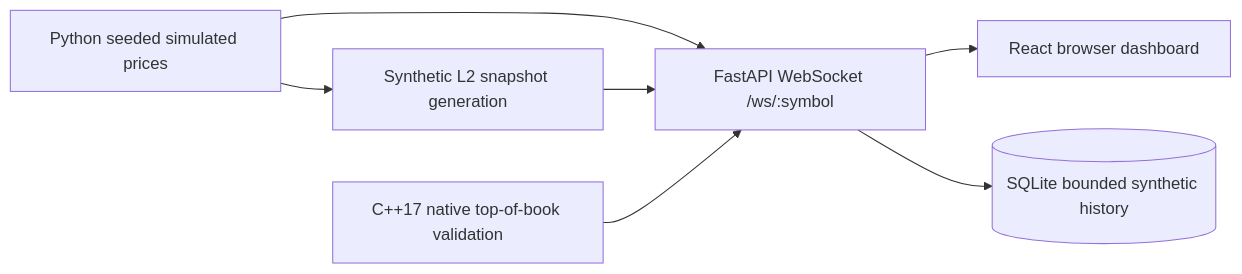
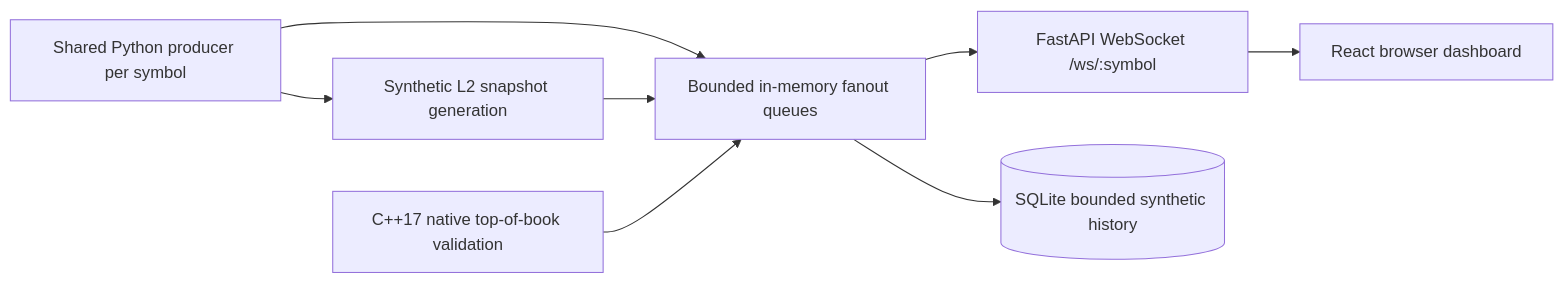
The diagram in README.md (olabs123-hue/-MarketStream), drawn with Mermaid before and after one commit. The commit also changed other lines of this file, not shown here.

Commit message:
docs: explain shared feed, bounded queues, and single-process limits

````diff
--- a/README.md
+++ b/README.md
@@ -23,9 +23,10 @@
 ```mermaid
 flowchart LR
-  S[Python seeded simulated prices] --> API[FastAPI WebSocket /ws/:symbol]
-  API --> B[React browser dashboard]
+  S[Shared Python producer per symbol] --> API[Bounded in-memory fanout queues]
+  API --> WS[FastAPI WebSocket /ws/:symbol]
+  WS --> B[React browser dashboard]
   S --> BOOK[Synthetic L2 snapshot generation]
   BOOK --> API
   CPP[C++17 native top-of-book validation] --> API
   API --> DB[(SQLite bounded synthetic history)]
 ```
````
